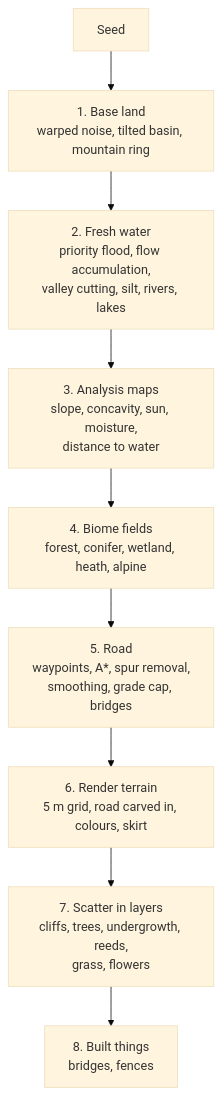
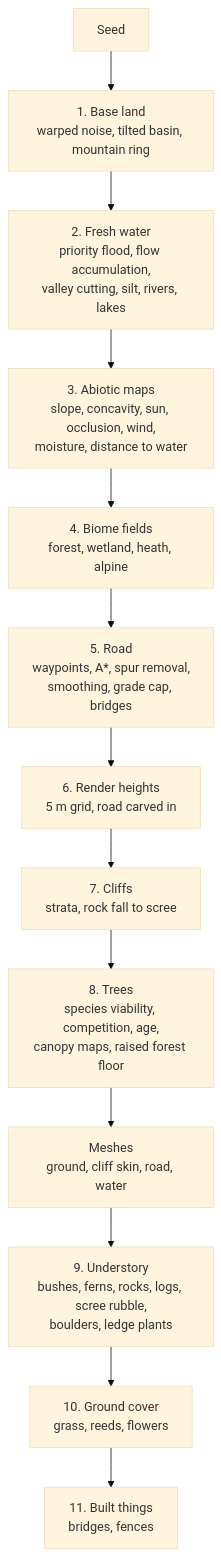
One commit to vincent290587/Sporterlay changed the diagram in world/godot/docs/riverlands-generation.md. Above: the diagram before and after it, drawn with Mermaid (base theme). The commit also changed other lines of this file and 9 other files, not shown here.

First line of the commit message:
Riverlands: cliff tool, competing species, tree age, trees shaping the ground

````diff
--- a/world/godot/docs/riverlands-generation.md
+++ b/world/godot/docs/riverlands-generation.md
@@ -32,11 +48,15 @@
 ```mermaid
 flowchart TD
     A[Seed] --> B[1. Base land<br/>warped noise, tilted basin, mountain ring]
     B --> C[2. Fresh water<br/>priority flood, flow accumulation,<br/>valley cutting, silt, rivers, lakes]
-    C --> D[3. Analysis maps<br/>slope, concavity, sun, moisture,<br/>distance to water]
-    D --> E[4. Biome fields<br/>forest, conifer, wetland, heath, alpine]
+    C --> D[3. Abiotic maps<br/>slope, concavity, sun, occlusion, wind,<br/>moisture, distance to water]
+    D --> E[4. Biome fields<br/>forest, wetland, heath, alpine]
     E --> F[5. Road<br/>waypoints, A*, spur removal,<br/>smoothing, grade cap, bridges]
-    F --> G[6. Render terrain<br/>5 m grid, road carved in, colours, skirt]
-    G --> H[7. Scatter in layers<br/>cliffs, trees, undergrowth, reeds,<br/>grass, flowers]
-    H --> I[8. Built things<br/>bridges, fences]
+    F --> G[6. Render heights<br/>5 m grid, road carved in]
+    G --> H[7. Cliffs<br/>strata, rock fall to scree]
+    H --> I[8. Trees<br/>species viability, competition, age,<br/>canopy maps, raised forest floor]
+    I --> J[Meshes<br/>ground, cliff skin, road, water]
+    J --> K[9. Understory<br/>bushes, ferns, rocks, logs, scree rubble,<br/>boulders, ledge plants]
+    K --> L[10. Ground cover<br/>grass, reeds, flowers]
+    L --> M[11. Built things<br/>bridges, fences]
 ```
````
